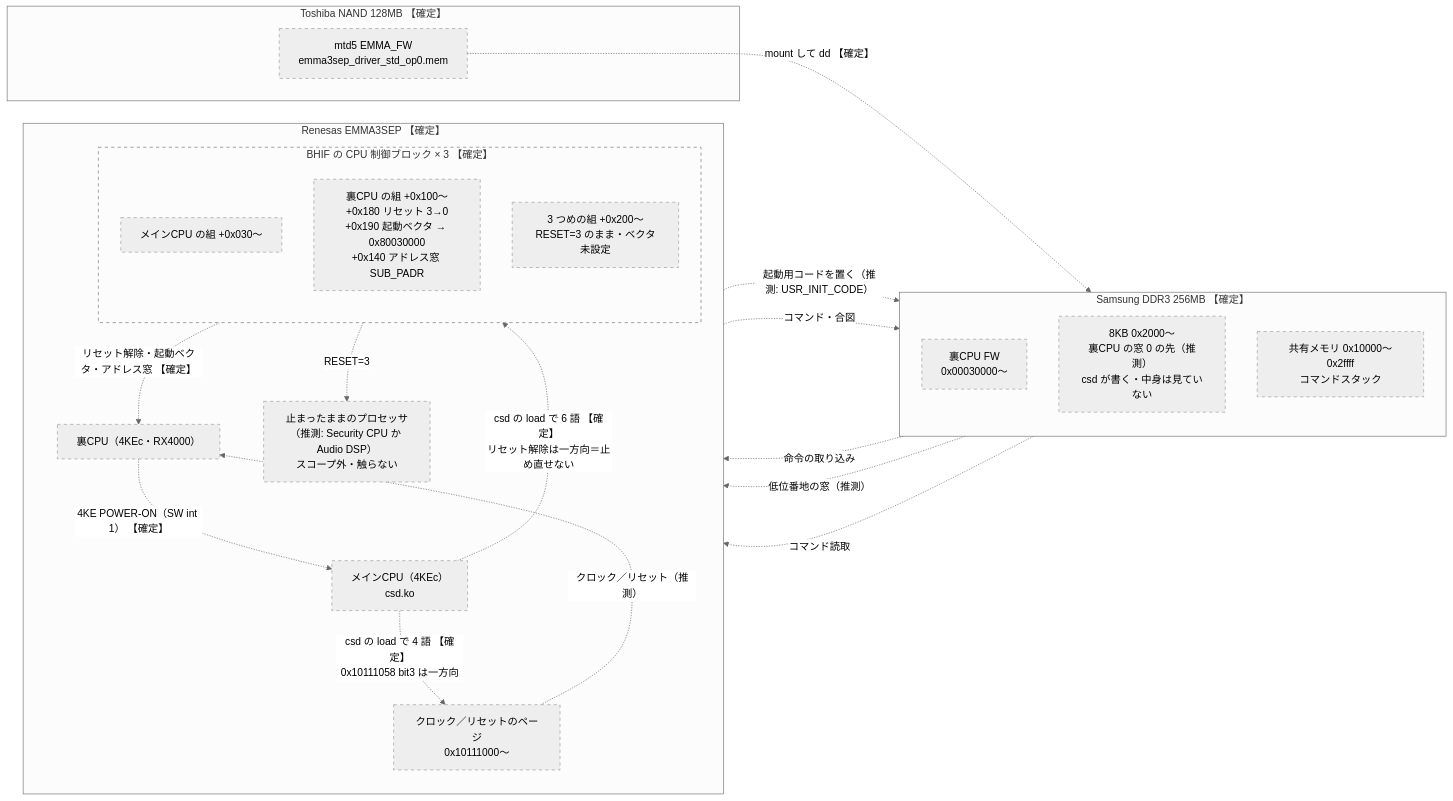
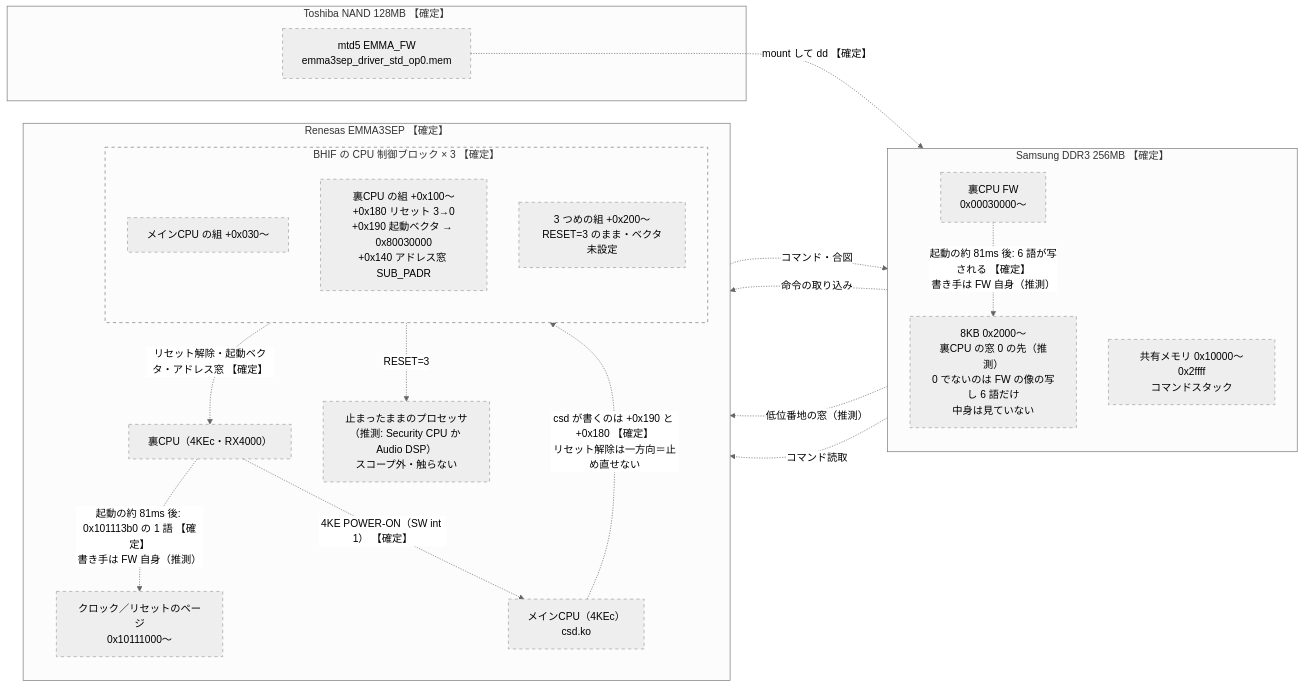
The second of 2 diagrams in docs/specs/poe-br100-yb1-signal-flow.md (daig0rian/openird), drawn with Mermaid (neutral theme) before and after one commit. The commit also changed other lines of this file and 1 other file, not shown here.

First line of the commit message:
docs/specs: 裏 CPU の起動で csd が書くのは 2 語と割り込みの登録だけ（§5.5 の訂正）

````diff
--- a/docs/specs/poe-br100-yb1-signal-flow.md
+++ b/docs/specs/poe-br100-yb1-signal-flow.md
@@ -143,44 +143,43 @@
 ```mermaid
 flowchart LR
     subgraph NAND["Toshiba NAND 128MB 【確定】"]
         FWFILE["mtd5 EMMA_FW<br/>emma3sep_driver_std_op0.mem"]
     end
 
     subgraph DDR2["Samsung DDR3 256MB 【確定】"]
         direction TB
         FWIMG["裏CPU FW<br/>0x00030000〜"]
-        WIN0["8KB 0x2000〜<br/>裏CPU の窓 0 の先（推測）<br/>csd が書く・中身は見ていない"]
+        WIN0["8KB 0x2000〜<br/>裏CPU の窓 0 の先（推測）<br/>0 でないのは FW の像の写し 6 語だけ<br/>中身は見ていない"]
         SHM["共有メモリ 0x10000〜0x2ffff<br/>コマンドスタック"]
     end
 
     subgraph EMMA2["Renesas EMMA3SEP 【確定】"]
         direction TB
         MAIN2["メインCPU（4KEc）<br/>csd.ko"]
         subgraph CTRL["BHIF の CPU 制御ブロック × 3 【確定】"]
             direction TB
             B_MAIN["メインCPU の組 +0x030〜"]
             B_SUB["裏CPU の組 +0x100〜<br/>+0x180 リセット 3→0<br/>+0x190 起動ベクタ → 0x80030000<br/>+0x140 アドレス窓 SUB_PADR"]
             B_3RD["3 つめの組 +0x200〜<br/>RESET=3 のまま・ベクタ未設定"]
         end
         CLKP["クロック／リセットのページ<br/>0x10111000〜"]
         SUB2["裏CPU（4KEc・RX4000）"]
         P3["止まったままのプロセッサ<br/>（推測: Security CPU か Audio DSP）<br/>スコープ外・触らない"]
     end
 
     FWFILE -.->|"mount して dd 【確定】"| FWIMG
-    MAIN2 -.->|"起動用コードを置く（推測: USR_INIT_CODE）"| WIN0
-    MAIN2 -.->|"csd の load で 6 語 【確定】<br/>リセット解除は一方向＝止め直せない"| B_SUB
-    MAIN2 -.->|"csd の load で 4 語 【確定】<br/>0x10111058 bit3 は一方向"| CLKP
+    MAIN2 -.->|"csd が書くのは +0x190 と +0x180 【確定】<br/>リセット解除は一方向＝止め直せない"| B_SUB
     B_SUB -.->|"リセット解除・起動ベクタ・アドレス窓 【確定】"| SUB2
-    CLKP -.->|"クロック／リセット（推測）"| SUB2
+    SUB2 -.->|"起動の約 81ms 後: 0x101113b0 の 1 語 【確定】<br/>書き手は FW 自身（推測）"| CLKP
+    FWIMG -.->|"起動の約 81ms 後: 6 語が写される 【確定】<br/>書き手は FW 自身（推測）"| WIN0
     FWIMG -.->|"命令の取り込み"| SUB2
     WIN0 -.->|"低位番地の窓（推測）"| SUB2
     SUB2 -.->|"4KE POWER-ON（SW int 1） 【確定】"| MAIN2
     MAIN2 -.->|"コマンド・合図"| SHM
     SHM -.->|"コマンド読取"| SUB2
     B_3RD -.->|"RESET=3"| P3
 
     classDef logical stroke-dasharray:5 5;
     class FWFILE,FWIMG,WIN0,SHM,MAIN2,B_MAIN,B_SUB,B_3RD,CLKP,SUB2,P3 logical;
     style CTRL stroke-dasharray:5 5;
 ```
````
